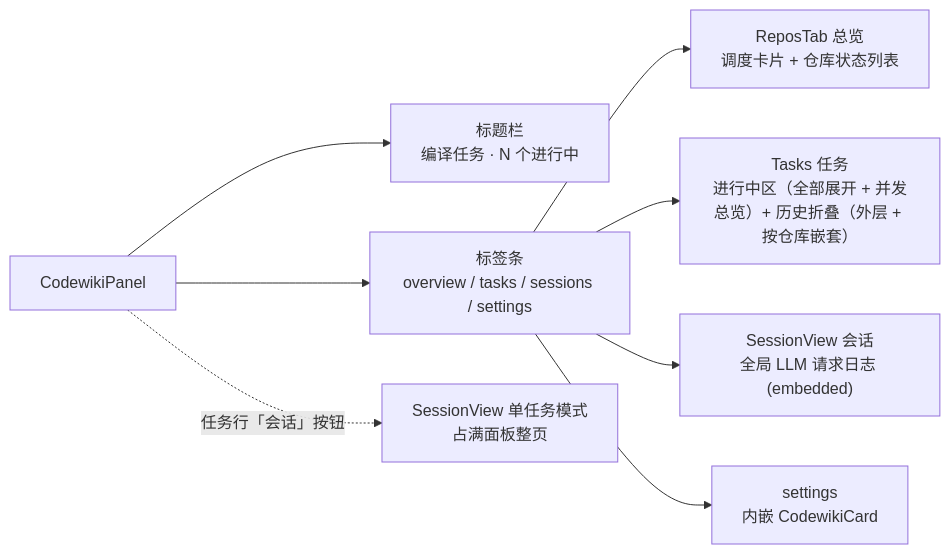
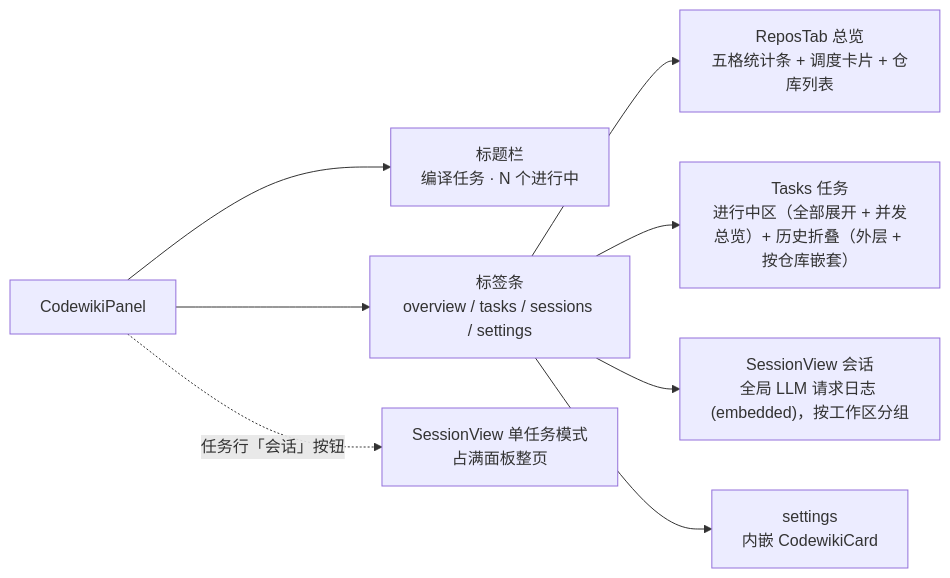
Before and after one commit to ikliml666/dsh-codewiki: the second of 5 diagrams in .codewiki/_native-state/docs/client_panel_ui.md, drawn with Mermaid. The commit also changed other lines of this file and 13 other files, not shown here.

````diff
--- a/.codewiki/_native-state/docs/client_panel_ui.md
+++ b/.codewiki/_native-state/docs/client_panel_ui.md
@@ -84,10 +84,10 @@
 ```mermaid
 flowchart LR
   Panel["CodewikiPanel"] --> Head["标题栏<br/>编译任务 · N 个进行中"]
   Panel --> TabBar["标签条<br/>overview / tasks / sessions / settings"]
-  TabBar --> T1["ReposTab 总览<br/>调度卡片 + 仓库状态列表"]
+  TabBar --> T1["ReposTab 总览<br/>五格统计条 + 调度卡片 + 仓库列表"]
   TabBar --> T2["Tasks 任务<br/>进行中区（全部展开 + 并发总览）+ 历史折叠（外层 + 按仓库嵌套）"]
-  TabBar --> T3["SessionView 会话<br/>全局 LLM 请求日志 (embedded)"]
+  TabBar --> T3["SessionView 会话<br/>全局 LLM 请求日志 (embedded)，按工作区分组"]
   TabBar --> T4["settings<br/>内嵌 CodewikiCard"]
   Panel -. "任务行「会话」按钮" .-> SV1["SessionView 单任务模式<br/>占满面板整页"]
 ```
````
